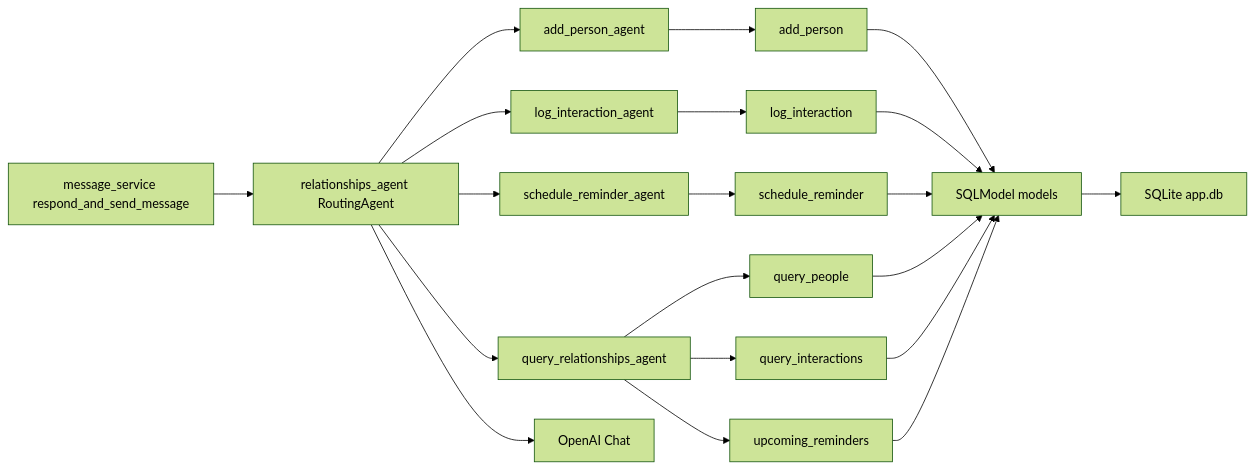
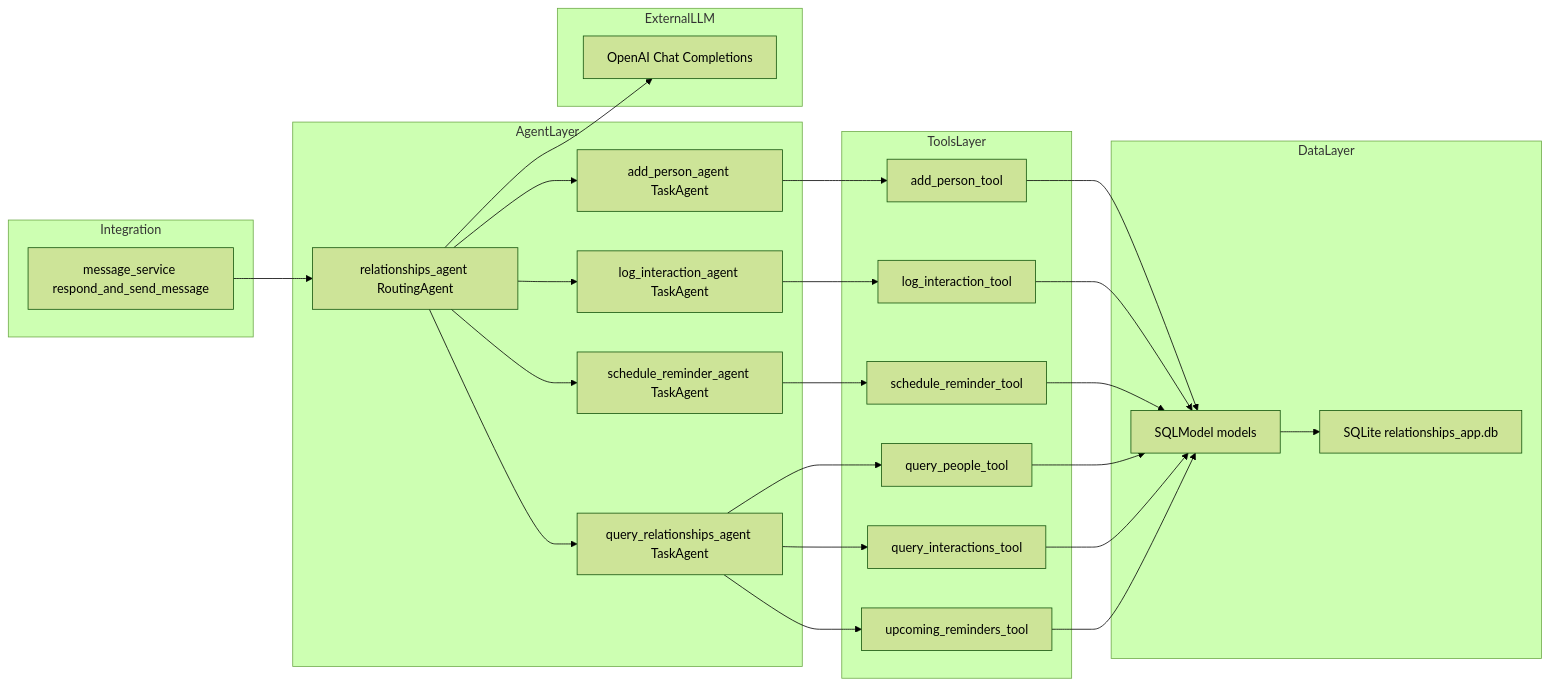
The second of 2 diagrams in RELATIONSHIPS_FEATURE.md (lennonconstantino/whatsapp_agent), drawn with Mermaid (forest theme) before and after one commit. The commit also changed other lines of this file and 3 other files, not shown here.

````diff
--- a/RELATIONSHIPS_FEATURE.md
+++ b/RELATIONSHIPS_FEATURE.md
@@ -71,25 +226,55 @@
 ```mermaid
 flowchart LR
-  message_service[message_service respond_and_send_message] --> relationships_agent[relationships_agent RoutingAgent]
+  subgraph Integration
+    message_service[message_service respond_and_send_message]
+  end
+
+  subgraph AgentLayer
+    relationships_agent[relationships_agent RoutingAgent]
+    query_relationships_agent[query_relationships_agent TaskAgent]
+    add_person_agent[add_person_agent TaskAgent]
+    log_interaction_agent[log_interaction_agent TaskAgent]
+    schedule_reminder_agent[schedule_reminder_agent TaskAgent]
+  end
+
+  subgraph ToolsLayer
+    add_person_tool[add_person_tool]
+    log_interaction_tool[log_interaction_tool]
+    schedule_reminder_tool[schedule_reminder_tool]
+    query_people_tool[query_people_tool]
+    query_interactions_tool[query_interactions_tool]
+    upcoming_reminders_tool[upcoming_reminders_tool]
+  end
+
+  subgraph DataLayer
+    models[SQLModel models]
+    db[SQLite relationships_app.db]
+  end
+
+  subgraph ExternalLLM
+    openai_chat[OpenAI Chat Completions]
+  end
+
+  message_service --> relationships_agent
+  relationships_agent --> query_relationships_agent
   relationships_agent --> add_person_agent
   relationships_agent --> log_interaction_agent
   relationships_agent --> schedule_reminder_agent
-  relationships_agent --> query_relationships_agent
 
-  add_person_agent --> add_person_tool[add_person]
-  log_interaction_agent --> log_interaction_tool[log_interaction]
-  schedule_reminder_agent --> schedule_reminder_tool[schedule_reminder]
-  query_relationships_agent --> query_people_tool[query_people]
-  query_relationships_agent --> query_interactions_tool[query_interactions]
-  query_relationships_agent --> upcoming_reminders_tool[upcoming_reminders]
+  query_relationships_agent --> query_people_tool
+  query_relationships_agent --> query_interactions_tool
+  query_relationships_agent --> upcoming_reminders_tool
+  add_person_agent --> add_person_tool
+  log_interaction_agent --> log_interaction_tool
+  schedule_reminder_agent --> schedule_reminder_tool
 
-  add_person_tool --> models[SQLModel models]
+  add_person_tool --> models
   log_interaction_tool --> models
   schedule_reminder_tool --> models
   query_people_tool --> models
   query_interactions_tool --> models
   upcoming_reminders_tool --> models
 
-  models --> db[SQLite app.db]
-  relationships_agent --> openai_chat[OpenAI Chat]
+  models --> db
+  relationships_agent --> openai_chat
 ```
````
